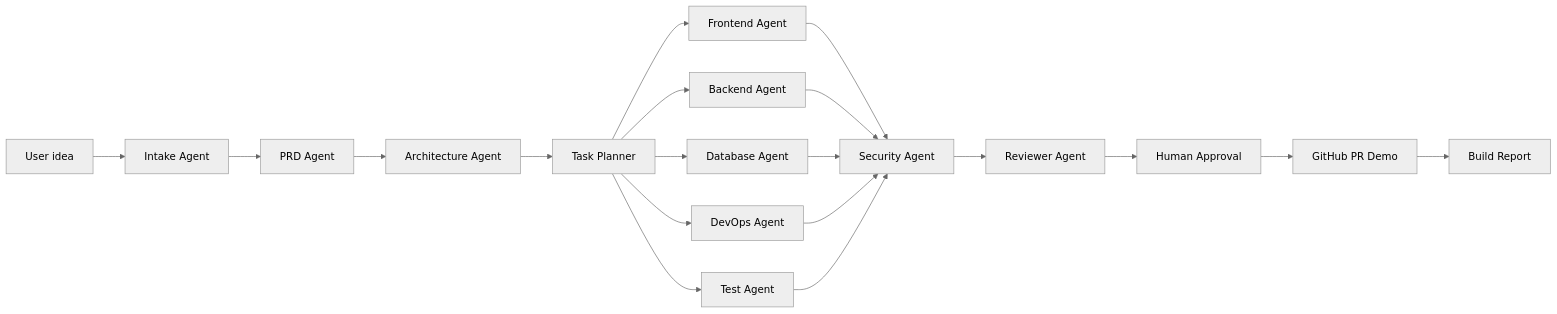
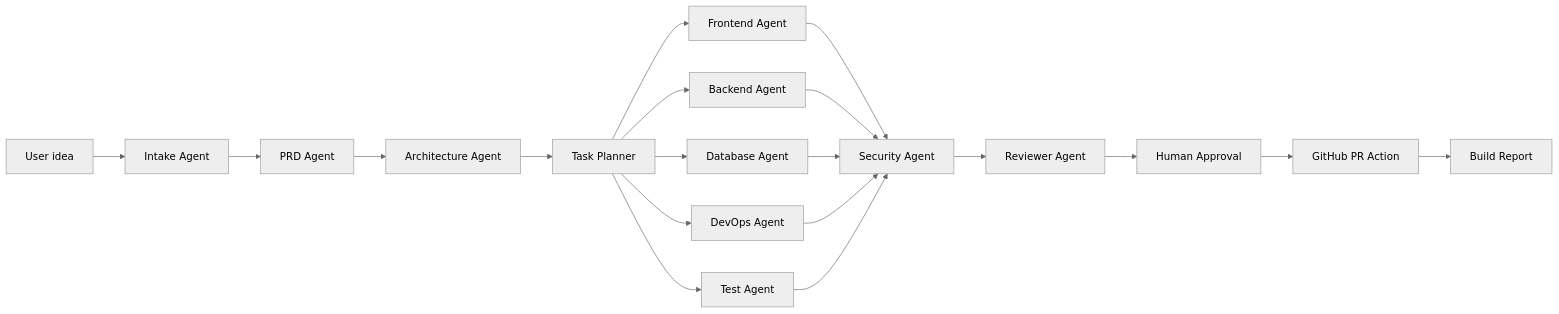
One commit to ompatil1906/BuildOS changed the diagram in README.md. Above: the diagram before and after it, drawn with Mermaid (neutral theme). The commit also changed other lines of this file and 34 other files, not shown here.

````diff
--- a/README.md
+++ b/README.md
@@ -49,21 +49,21 @@
 ```mermaid
 flowchart LR
   A["User idea"] --> B["Intake Agent"]
   B --> C["PRD Agent"]
   C --> D["Architecture Agent"]
   D --> E["Task Planner"]
   E --> F["Frontend Agent"]
   E --> G["Backend Agent"]
   E --> H["Database Agent"]
   E --> I["DevOps Agent"]
   E --> J["Test Agent"]
   F --> K["Security Agent"]
   G --> K
   H --> K
   I --> K
   J --> K
   K --> L["Reviewer Agent"]
   L --> M["Human Approval"]
-  M --> N["GitHub PR Demo"]
+  M --> N["GitHub PR Action"]
   N --> O["Build Report"]
 ```
````
